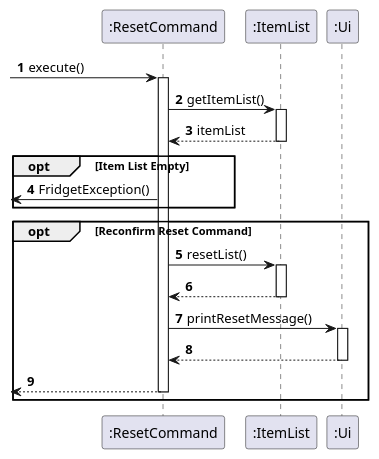
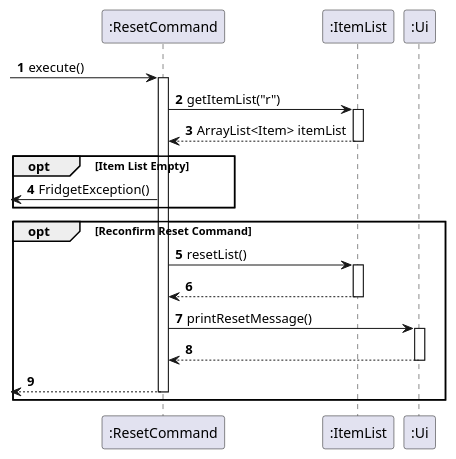
One commit to uosjapuelks/tp changed the diagram in docs/pumlFiles/ResetSequence.puml. Above: the diagram before and after it, drawn with PlantUML. The commit also changed 2 other files, not shown here.

Commit message:
Fix ResetCommand sequence

```diff
--- a/docs/pumlFiles/ResetSequence.puml
+++ b/docs/pumlFiles/ResetSequence.puml
@@ -1,34 +1,34 @@
 @startuml
 'https://plantuml.com/sequence-diagram
 
 autonumber
 
 -> ":ResetCommand": execute()
 activate ":ResetCommand"
 
-":ResetCommand" -> ":ItemList": getItemList()
+":ResetCommand" -> ":ItemList": getItemList("r")
 activate ":ItemList"
-":ResetCommand" <-- ":ItemList": itemList
+":ResetCommand" <-- ":ItemList": ArrayList<Item> itemList
 deactivate ":ItemList"
 
 opt Item List Empty
 <- ":ResetCommand": FridgetException()
 end
 
 opt Reconfirm Reset Command
 
     ":ResetCommand" -> ":ItemList": resetList()
     activate ":ItemList"
     ":ResetCommand" <-- ":ItemList":
     deactivate ":ItemList"
 
     ":ResetCommand" -> ":Ui": printResetMessage()
     activate ":Ui"
     ":ResetCommand" <-- ":Ui"
     deactivate ":Ui"
 
     <-- ":ResetCommand"
     deactivate ":ResetCommand"
 end
 
 @enduml
```
